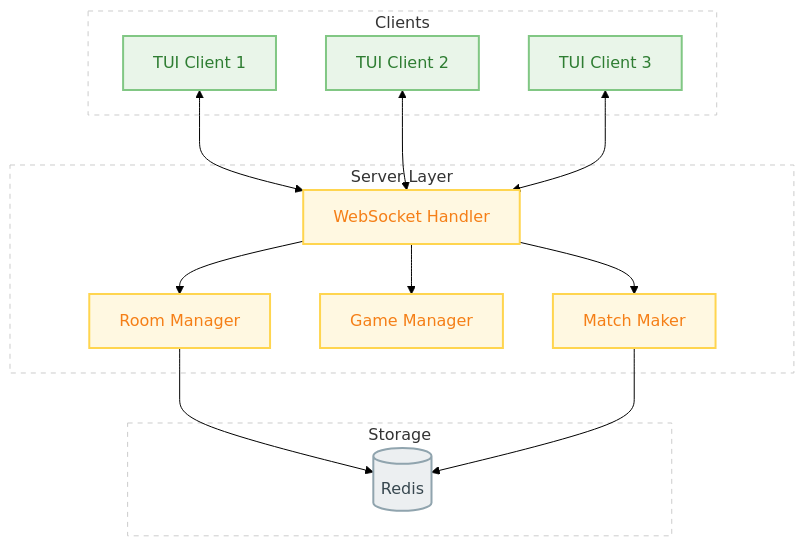
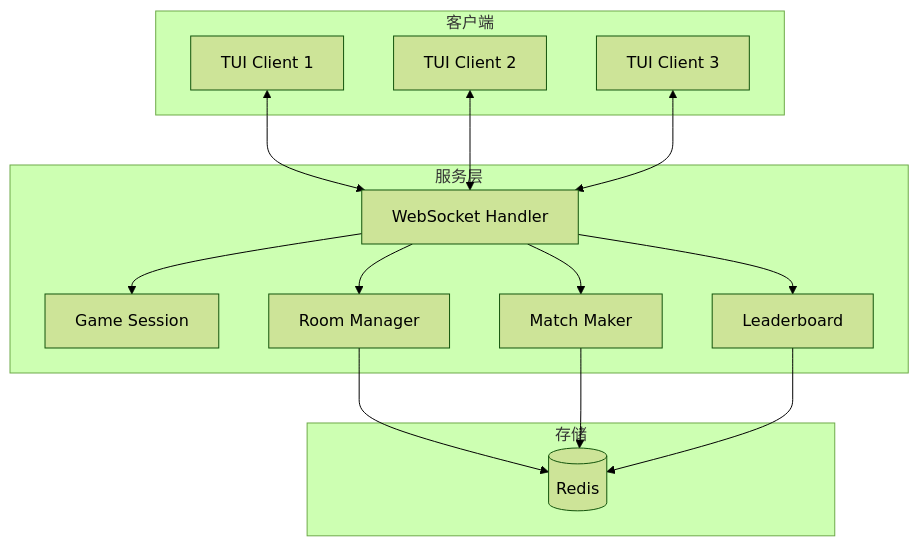
The first of 3 diagrams in README.md (palemoky/fight-the-landlord), drawn with Mermaid (forest theme) before and after one commit. The commit also changed other lines of this file and 1 other file, not shown here.

````diff
--- a/README.md
+++ b/README.md
@@ -23,45 +86,33 @@
 ```mermaid
 graph TD
-    %% --- 样式定义 ---
-    %% 绿色系代表用户端
-    classDef green fill:#e9f5e9,stroke:#81c784,stroke-width:2px,color:#2e7d32;
-    %% 黄色系代表处理逻辑
-    classDef yellow fill:#fff8e1,stroke:#ffd54f,stroke-width:2px,color:#f57f17;
-    %% 灰色/蓝色系代表数据库
-    classDef grey fill:#eceff1,stroke:#90a4ae,stroke-width:2px,color:#37474f;
-
-    %% --- 图表结构 ---
-    subgraph Clients [Clients]
-        C1[TUI Client 1]:::green
-        C2[TUI Client 2]:::green
-        C3[TUI Client 3]:::green
+    subgraph Clients [客户端]
+        C1[TUI Client 1]
+        C2[TUI Client 2]
+        C3[TUI Client 3]
     end
 
-    subgraph Server [Server Layer]
-        WH[WebSocket Handler]:::yellow
-        RM[Room Manager]:::yellow
-        GM[Game Manager]:::yellow
-        MM[Match Maker]:::yellow
+    subgraph Server [服务层]
+        WH[WebSocket Handler]
+        GM[Game Session]
+        RM[Room Manager]
+        MM[Match Maker]
+        LB[Leaderboard]
     end
 
-    subgraph External [Storage]
-        Redis[(Redis)]:::grey
+    subgraph Storage [存储]
+        Redis[(Redis)]
     end
 
-    %% --- 连接关系 ---
     C1 <--> WH
     C2 <--> WH
     C3 <--> WH
 
     WH --> RM
     WH --> GM
     WH --> MM
+    WH --> LB
 
     RM --> Redis
     MM --> Redis
-
-    %% --- 背景框样式 ---
-    style Clients fill:#ffffff,stroke:#ccc,stroke-dasharray: 5 5
-    style Server fill:#ffffff,stroke:#ccc,stroke-dasharray: 5 5
-    style External fill:#ffffff,stroke:#ccc,stroke-dasharray: 5 5
+    LB --> Redis
 ```
````
